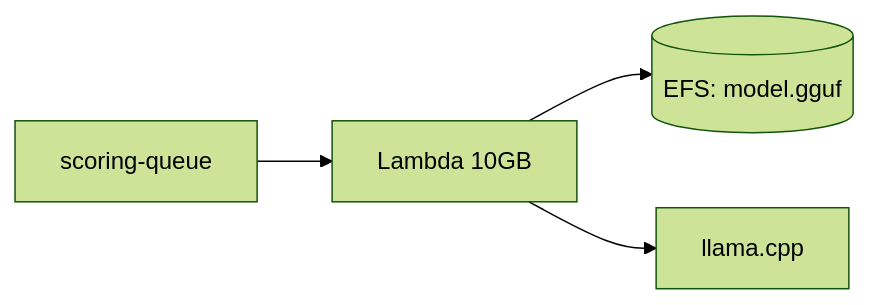
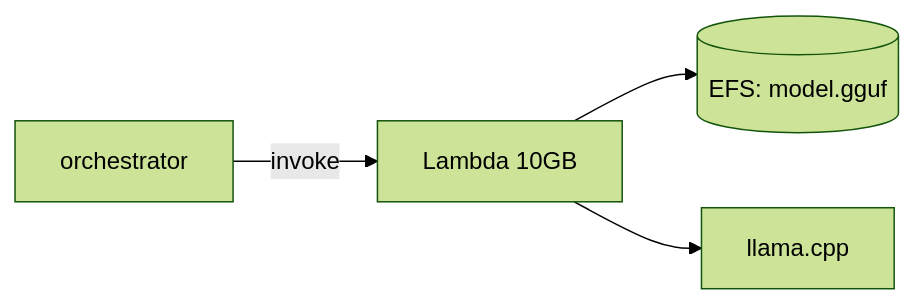
One commit to DanEscher98/twitter-profile-scorer changed the third of 5 diagrams in docs/training_pipeline.md. Above: the diagram before and after it, drawn with Mermaid (forest theme). The commit also changed 7 other files, not shown here.

````diff
--- a/docs/training_pipeline.md
+++ b/docs/training_pipeline.md
@@ -194,6 +194,6 @@
 ```mermaid
 flowchart LR
-    SQS[scoring-queue] --> Lambda[Lambda 10GB]
+    OR[orchestrator] -->|invoke| Lambda[Lambda 10GB]
     Lambda --> EFS[(EFS: model.gguf)]
     Lambda --> llama[llama.cpp]
 ```
````
